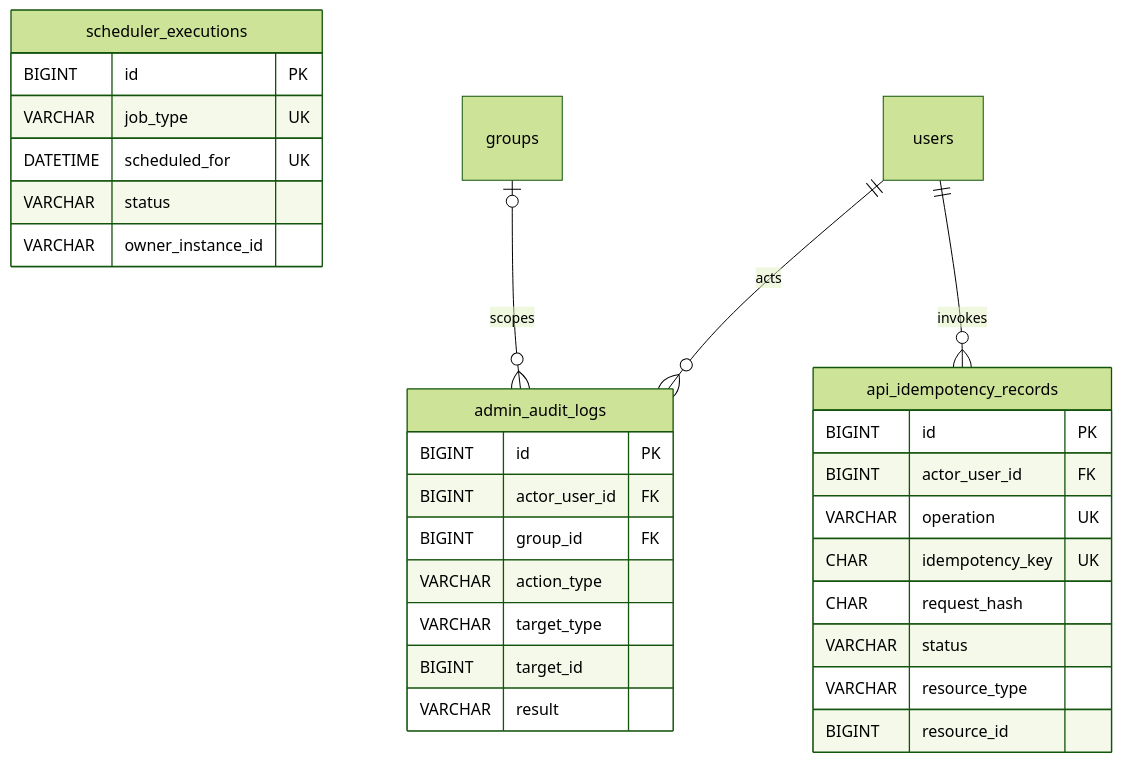
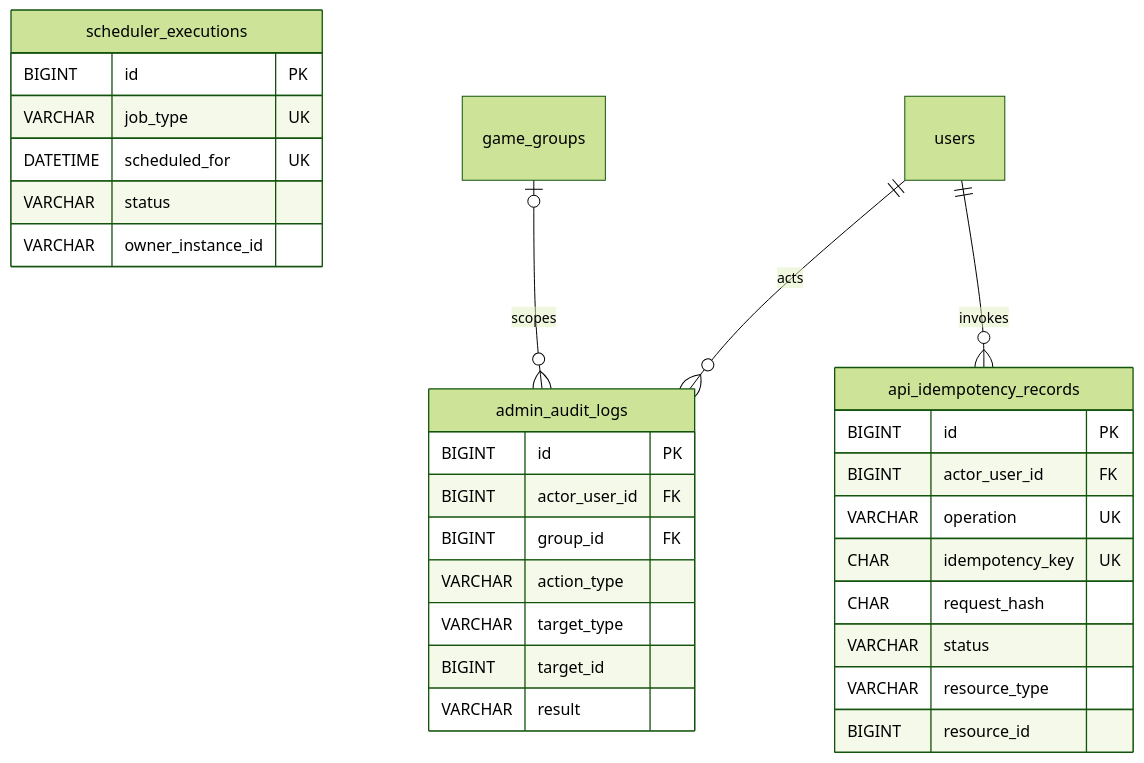
The fifth of 5 diagrams in docs/database-design.md (heebaek200/shared-creature-game), drawn with Mermaid (forest theme) before and after one commit. The commit also changed other lines of this file and 148 other files, not shown here.

````diff
--- a/docs/database-design.md
+++ b/docs/database-design.md
@@ -436,33 +436,33 @@
 ```mermaid
 erDiagram
     scheduler_executions {
         BIGINT id PK
         VARCHAR job_type UK
         DATETIME scheduled_for UK
         VARCHAR status
         VARCHAR owner_instance_id
     }
     admin_audit_logs {
         BIGINT id PK
         BIGINT actor_user_id FK
         BIGINT group_id FK
         VARCHAR action_type
         VARCHAR target_type
         BIGINT target_id
         VARCHAR result
     }
     api_idempotency_records {
         BIGINT id PK
         BIGINT actor_user_id FK
         VARCHAR operation UK
         CHAR idempotency_key UK
         CHAR request_hash
         VARCHAR status
         VARCHAR resource_type
         BIGINT resource_id
     }
 
     users ||--o{ admin_audit_logs : acts
     users ||--o{ api_idempotency_records : invokes
-    groups o|--o{ admin_audit_logs : scopes
+    game_groups o|--o{ admin_audit_logs : scopes
 ```
````
